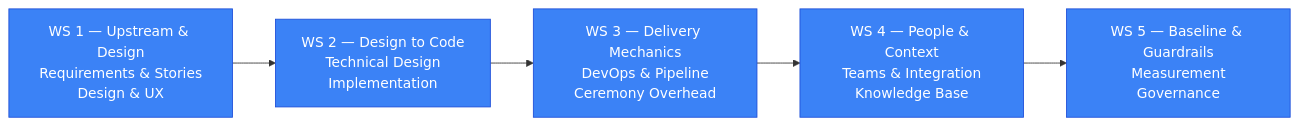
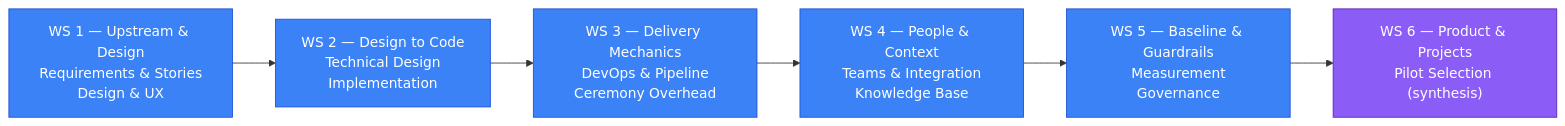
The second of 2 diagrams in docs/AI SDLC/Vision/00 Overview.md (DataArt/adlc-discovery-tool), drawn with Mermaid before and after one commit. The commit also changed other lines of this file and 19 other files, not shown here.

Commit message:
feat(vision): add WS6 capstone workshop for pilot candidate selection

````diff
--- a/docs/AI SDLC/Vision/00 Overview.md
+++ b/docs/AI SDLC/Vision/00 Overview.md
@@ -82,13 +82,16 @@
 ```mermaid
 flowchart LR
     WS1["WS 1 — Upstream & Design\nRequirements & Stories\nDesign & UX"]
     WS2["WS 2 — Design to Code\nTechnical Design\nImplementation"]
     WS3["WS 3 — Delivery Mechanics\nDevOps & Pipeline\nCeremony Overhead"]
     WS4["WS 4 — People & Context\nTeams & Integration\nKnowledge Base"]
     WS5["WS 5 — Baseline & Guardrails\nMeasurement\nGovernance"]
+    WS6["WS 6 — Product & Projects\nPilot Selection (synthesis)"]
 
-    WS1 --> WS2 --> WS3 --> WS4 --> WS5
+    WS1 --> WS2 --> WS3 --> WS4 --> WS5 --> WS6
 
     classDef ws fill:#3B82F6,stroke:#1D4ED8,color:#fff
+    classDef synthesis fill:#8B5CF6,stroke:#5B21B6,color:#fff
     class WS1,WS2,WS3,WS4,WS5 ws
+    class WS6 synthesis
 ```
````
